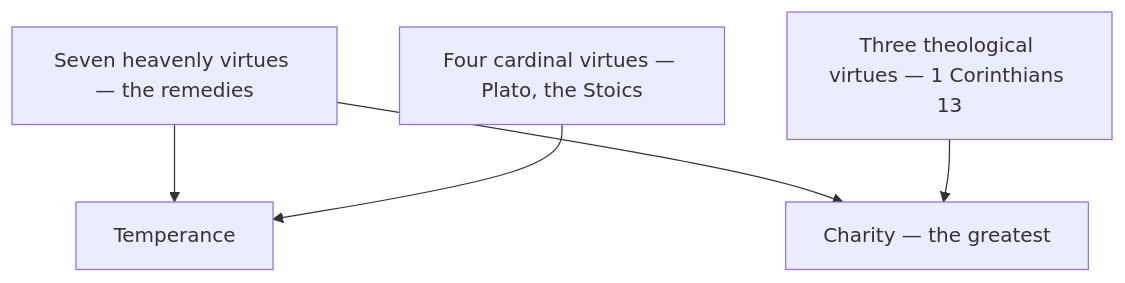
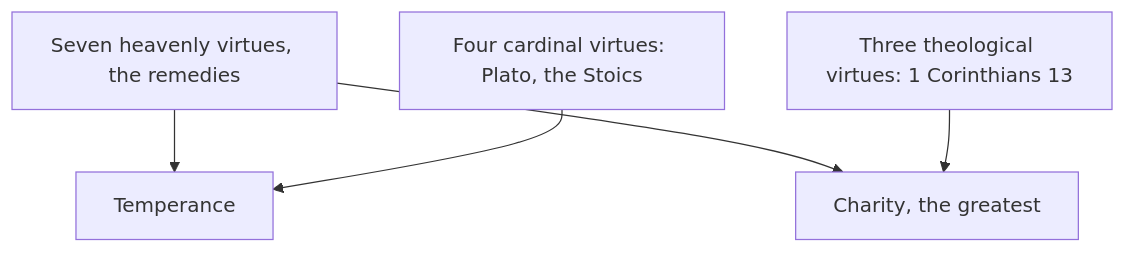
Before and after one commit to kennethreitz/kennethreitz.org: the diagram in data/knowledge/virtues-and-vices/virtues/index.md, drawn with Mermaid. The commit also changed other lines of this file and 879 other files, not shown here.

````diff
--- a/data/knowledge/virtues-and-vices/virtues/index.md
+++ b/data/knowledge/virtues-and-vices/virtues/index.md
@@ -33,12 +33,12 @@
 ```mermaid
 flowchart TD
-    R["Seven heavenly virtues — the remedies"]
-    C["Four cardinal virtues — Plato, the Stoics"]
-    T["Three theological virtues — 1 Corinthians 13"]
+    R["Seven heavenly virtues, the remedies"]
+    C["Four cardinal virtues: Plato, the Stoics"]
+    T["Three theological virtues: 1 Corinthians 13"]
     Temp["Temperance"]
-    Char["Charity — the greatest"]
+    Char["Charity, the greatest"]
     R --> Temp
     C --> Temp
     R --> Char
     T --> Char
 ```
````
